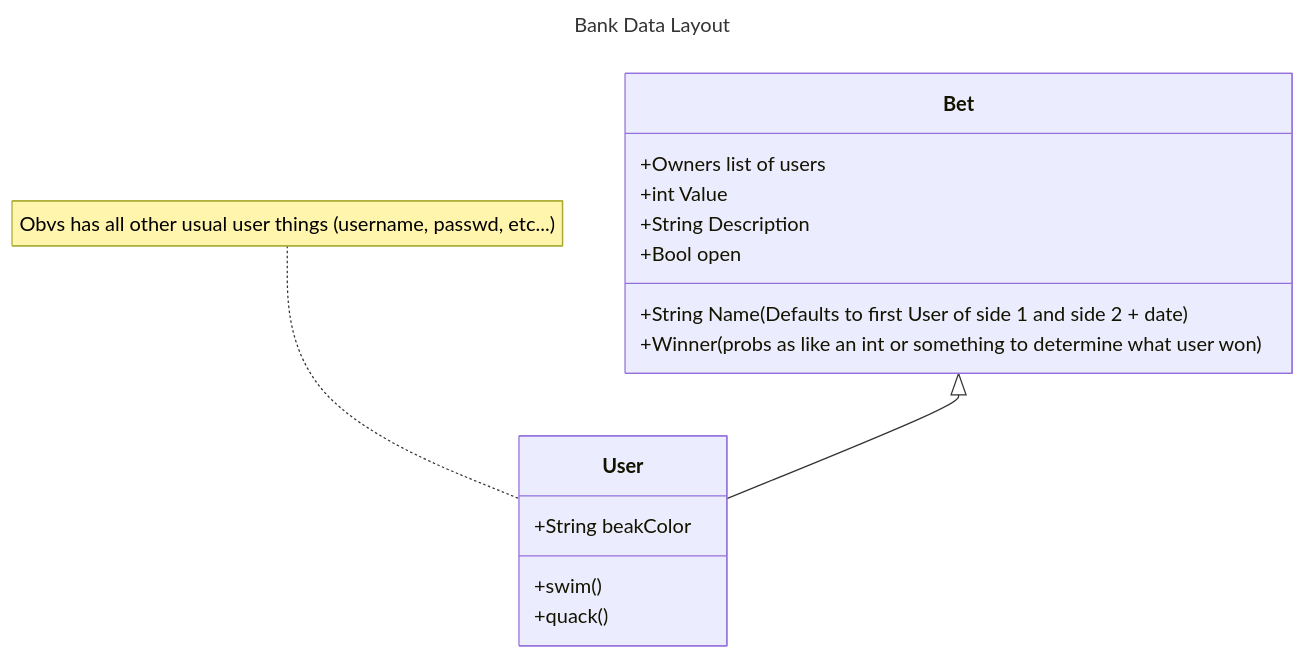
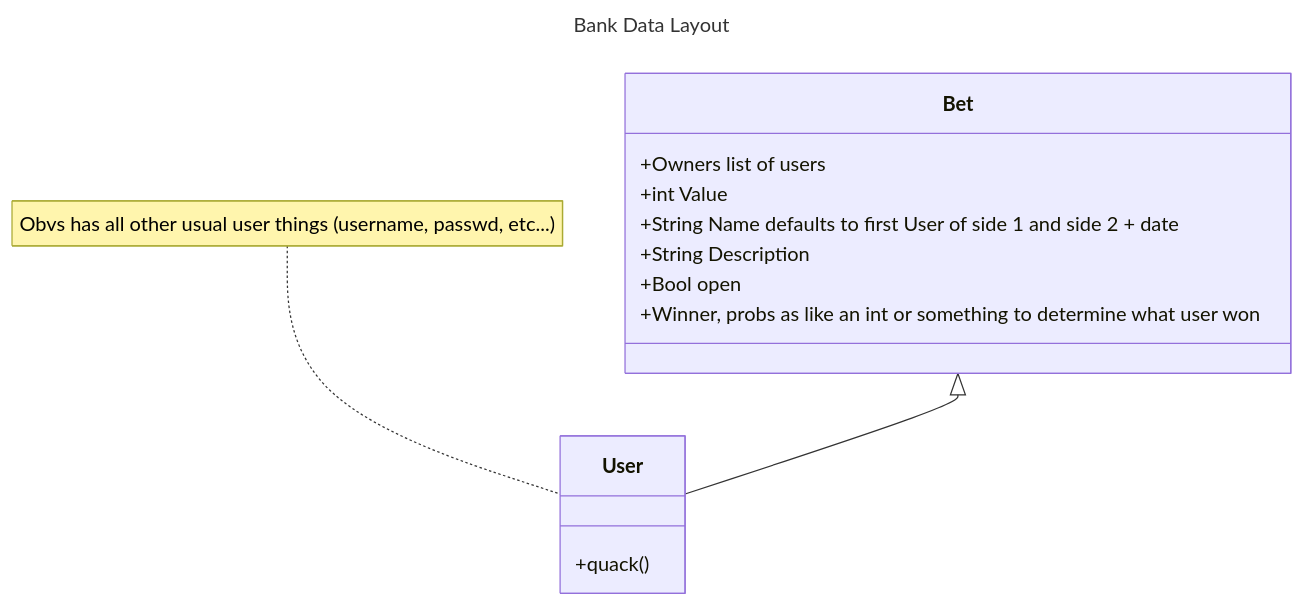
Before and after one commit to dragonracer9/camel-web: the diagram in data_model.md, drawn with Mermaid.

````diff
--- a/data_model.md
+++ b/data_model.md
@@ -1,19 +1,17 @@
 ```mermaid
 ---
 title: Bank Data Layout
 ---
 classDiagram
     class User{
-        +String beakColor
-        +swim()
         +quack()
     }
     Bet <|-- User
     note for User "Obvs has all other usual user things (username, passwd, etc...)"
     Bet : +Owners list of users
     Bet : +int Value
-    Bet : +String Name (Defaults to first User of side 1 and side 2 + date)
+    Bet : +String Name defaults to first User of side 1 and side 2 + date
     Bet : +String Description
     Bet : +Bool open
-    Bet : +Winner (probs as like an int or something to determine what user won)
+    Bet : +Winner, probs as like an int or something to determine what user won
 ```
````
